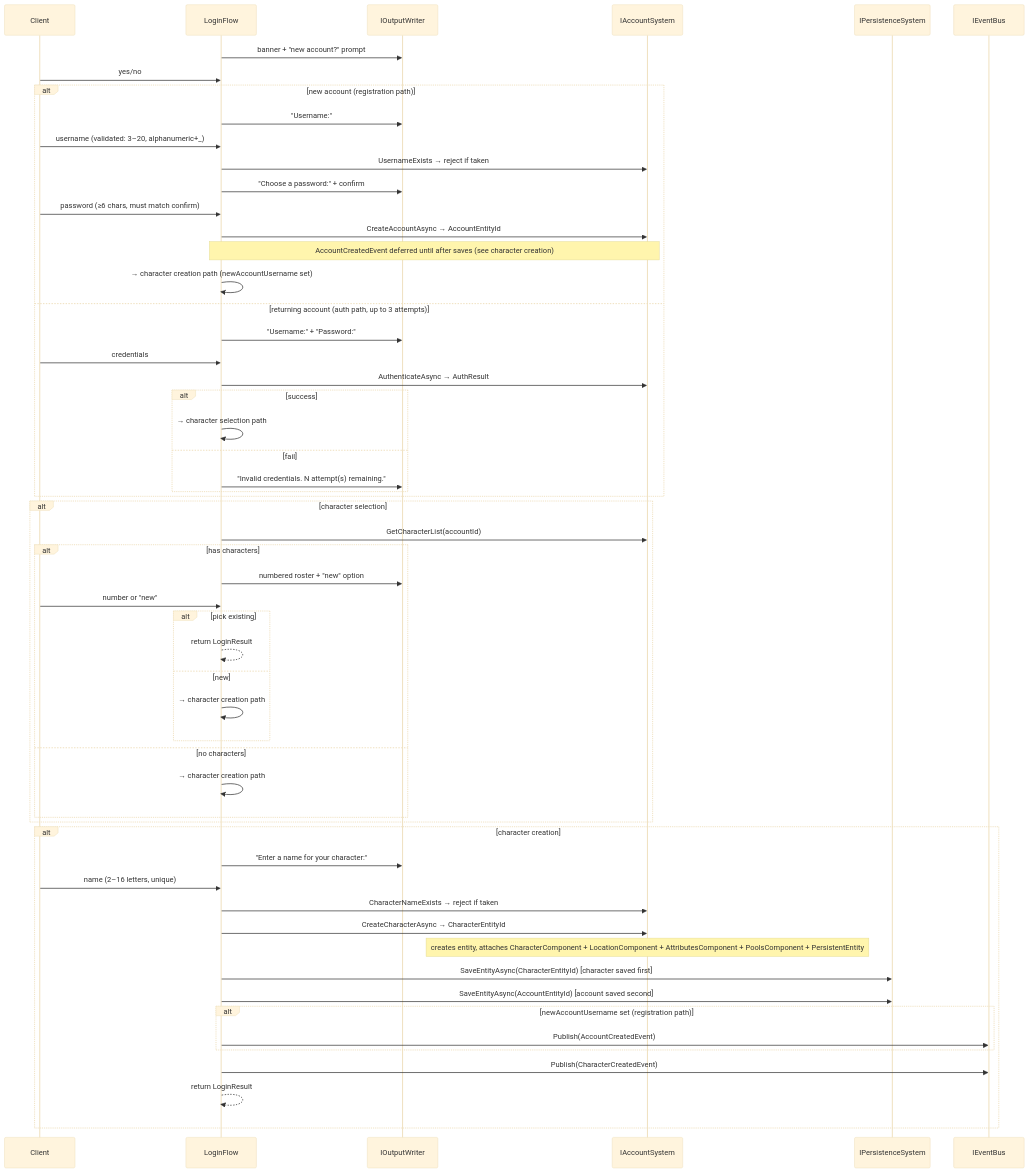
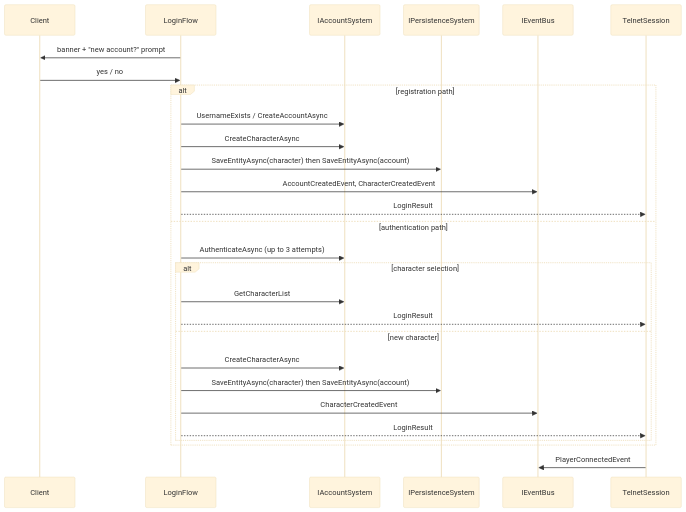
Before and after one commit to dmbyer/Hedron: the diagram in docs/architecture/flows/flow-07-login-character-flow.md, drawn with Mermaid (base theme). The commit also changed other lines of this file and 182 other files, not shown here.

````diff
--- a/docs/architecture/flows/flow-07-login-character-flow.md
+++ b/docs/architecture/flows/flow-07-login-character-flow.md
@@ -9,59 +9,33 @@
 ```mermaid
 sequenceDiagram
     participant Client
     participant LF as LoginFlow
-    participant OW as IOutputWriter
     participant AccSys as IAccountSystem
     participant PSys as IPersistenceSystem
     participant Bus as IEventBus
+    participant TS as TelnetSession
 
-    LF->>OW: banner + "new account?" prompt
-    Client->>LF: yes/no
-    alt new account (registration path)
-        LF->>OW: "Username:"
-        Client->>LF: username (validated: 3–20, alphanumeric+_)
-        LF->>AccSys: UsernameExists → reject if taken
-        LF->>OW: "Choose a password:" + confirm
-        Client->>LF: password (≥6 chars, must match confirm)
-        LF->>AccSys: CreateAccountAsync → AccountEntityId
-        Note over LF,AccSys: AccountCreatedEvent deferred until after saves (see character creation)
-        LF->>LF: → character creation path (newAccountUsername set)
-    else returning account (auth path, up to 3 attempts)
-        LF->>OW: "Username:" + "Password:"
-        Client->>LF: credentials
-        LF->>AccSys: AuthenticateAsync → AuthResult
-        alt success
-            LF->>LF: → character selection path
-        else fail
-            LF->>OW: "Invalid credentials. N attempt(s) remaining."
+    LF->>Client: banner + "new account?" prompt
+    Client->>LF: yes / no
+
+    alt registration path
+        LF->>AccSys: UsernameExists / CreateAccountAsync
+        LF->>AccSys: CreateCharacterAsync
+        LF->>PSys: SaveEntityAsync(character) then SaveEntityAsync(account)
+        LF->>Bus: AccountCreatedEvent, CharacterCreatedEvent
+        LF-->>TS: LoginResult
+    else authentication path
+        LF->>AccSys: AuthenticateAsync (up to 3 attempts)
+        alt character selection
+            LF->>AccSys: GetCharacterList
+            LF-->>TS: LoginResult
+        else new character
+            LF->>AccSys: CreateCharacterAsync
+            LF->>PSys: SaveEntityAsync(character) then SaveEntityAsync(account)
+            LF->>Bus: CharacterCreatedEvent
+            LF-->>TS: LoginResult
         end
     end
-    alt character selection
-        LF->>AccSys: GetCharacterList(accountId)
-        alt has characters
-            LF->>OW: numbered roster + "new" option
-            Client->>LF: number or "new"
-            alt pick existing
-                LF-->>LF: return LoginResult
-            else new
-                LF->>LF: → character creation path
-            end
-        else no characters
-            LF->>LF: → character creation path
-        end
-    end
-    alt character creation
-        LF->>OW: "Enter a name for your character:"
-        Client->>LF: name (2–16 letters, unique)
-        LF->>AccSys: CharacterNameExists → reject if taken
-        LF->>AccSys: CreateCharacterAsync → CharacterEntityId
-        Note over AccSys: creates entity, attaches CharacterComponent + LocationComponent + AttributesComponent + PoolsComponent + PersistentEntity
-        LF->>PSys: SaveEntityAsync(CharacterEntityId) [character saved first]
-        LF->>PSys: SaveEntityAsync(AccountEntityId) [account saved second]
-        alt newAccountUsername set (registration path)
-            LF->>Bus: Publish(AccountCreatedEvent)
-        end
-        LF->>Bus: Publish(CharacterCreatedEvent)
-        LF-->>LF: return LoginResult
-    end
+
+    TS->>Bus: PlayerConnectedEvent
 ```
````
